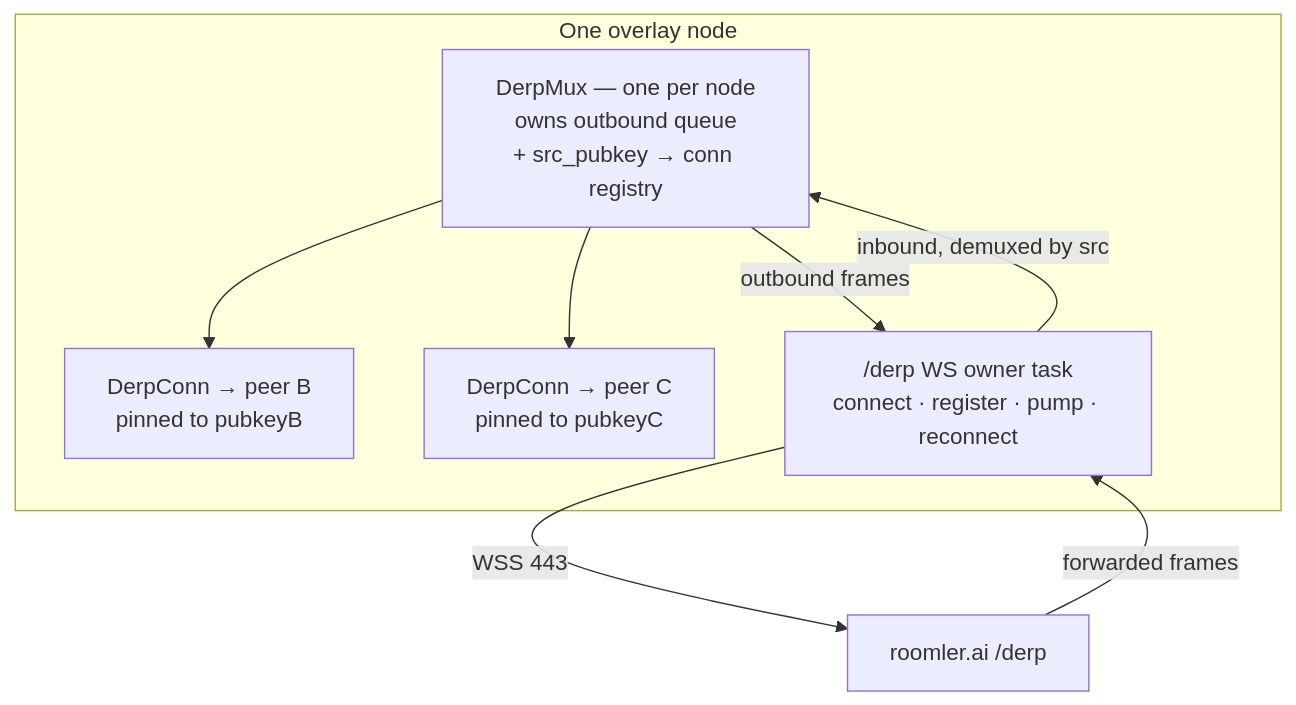
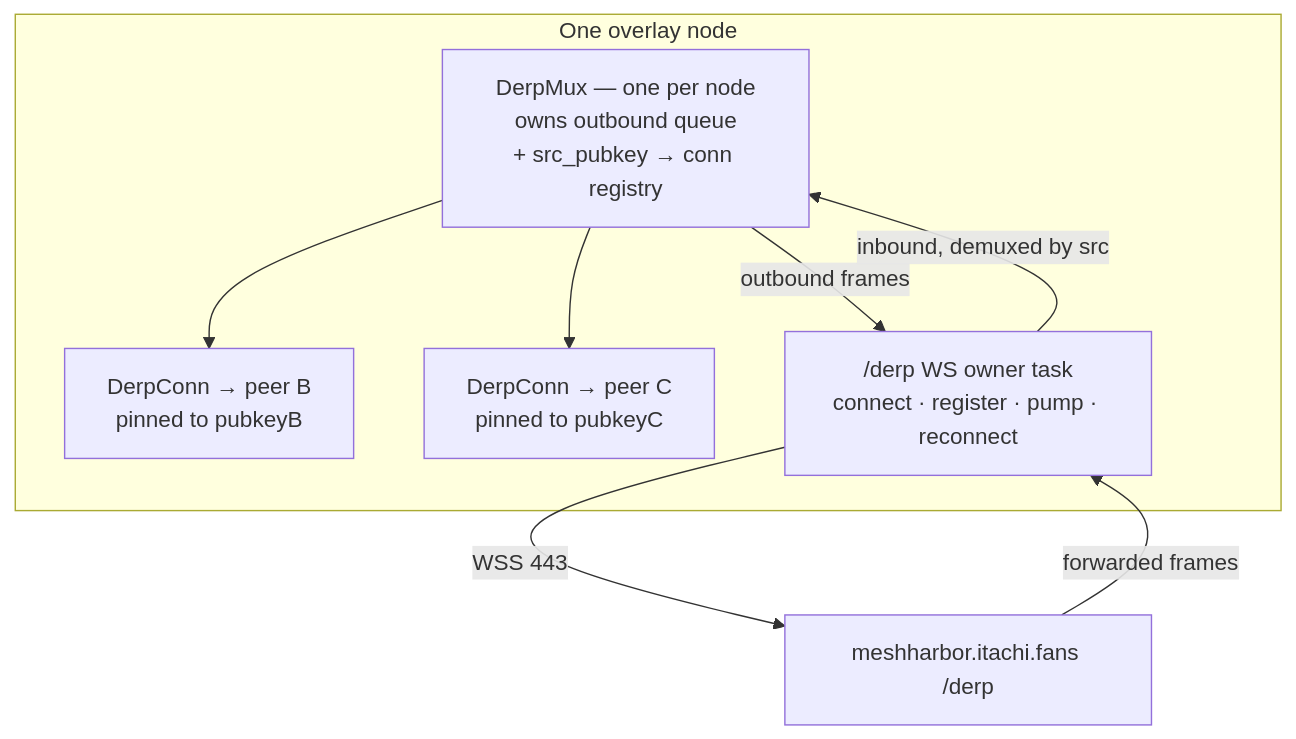
One commit to jk-zhang-meta/MeshHarbor changed diagram 12 of 13 in docs/overlay-communication.md. Above: the diagram before and after it, drawn with Mermaid. The commit also changed other lines of this file and 682 other files, not shown here.

````diff
--- a/docs/overlay-communication.md
+++ b/docs/overlay-communication.md
@@ -655,15 +655,15 @@
 ```mermaid
 graph TB
     subgraph NODE["One overlay node"]
         MUX["DerpMux — one per node<br/>owns outbound queue<br/>+ src_pubkey → conn registry"]
         C1["DerpConn → peer B<br/>pinned to pubkeyB"]
         C2["DerpConn → peer C<br/>pinned to pubkeyC"]
         WSO["/derp WS owner task<br/>connect · register · pump · reconnect"]
         MUX --> C1
         MUX --> C2
         MUX -->|"outbound frames"| WSO
         WSO -->|"inbound, demuxed by src"| MUX
     end
-    WSO -->|"WSS 443"| SRV["roomler.ai /derp"]
+    WSO -->|"WSS 443"| SRV["meshharbor.itachi.fans /derp"]
     SRV -->|"forwarded frames"| WSO
 ```
````
